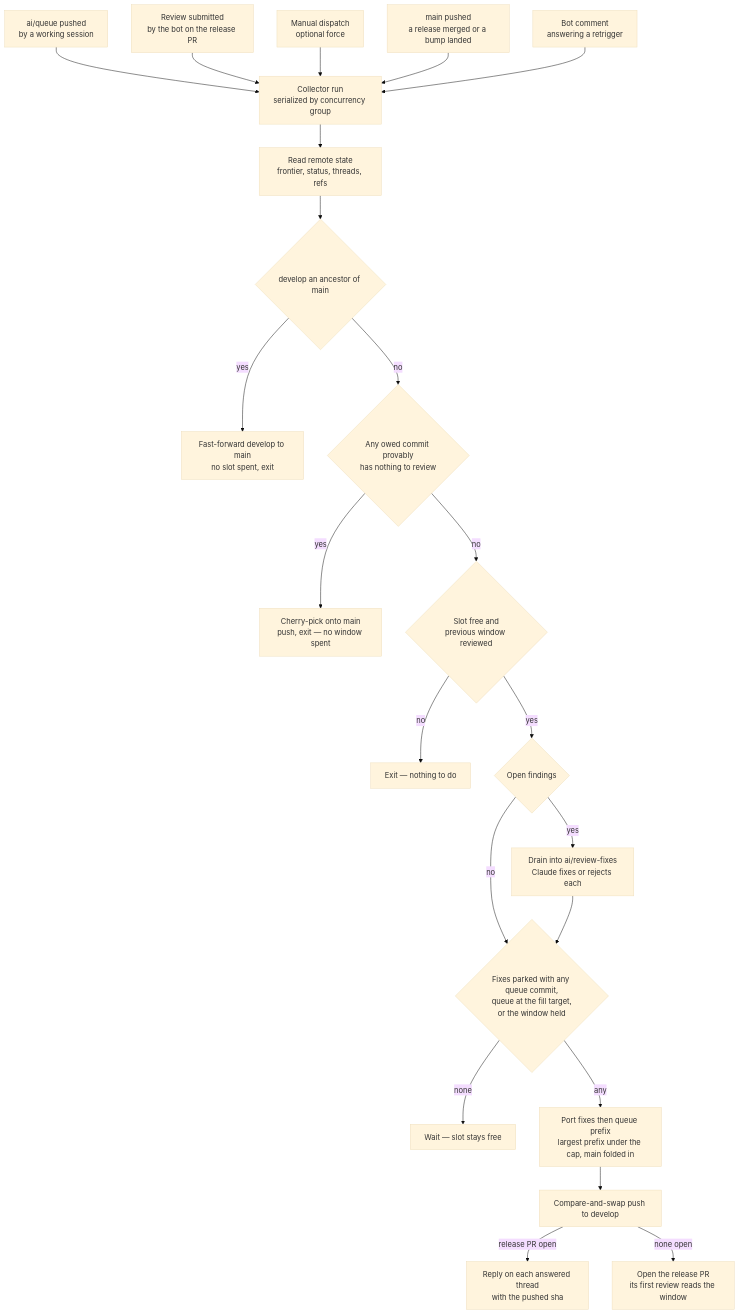
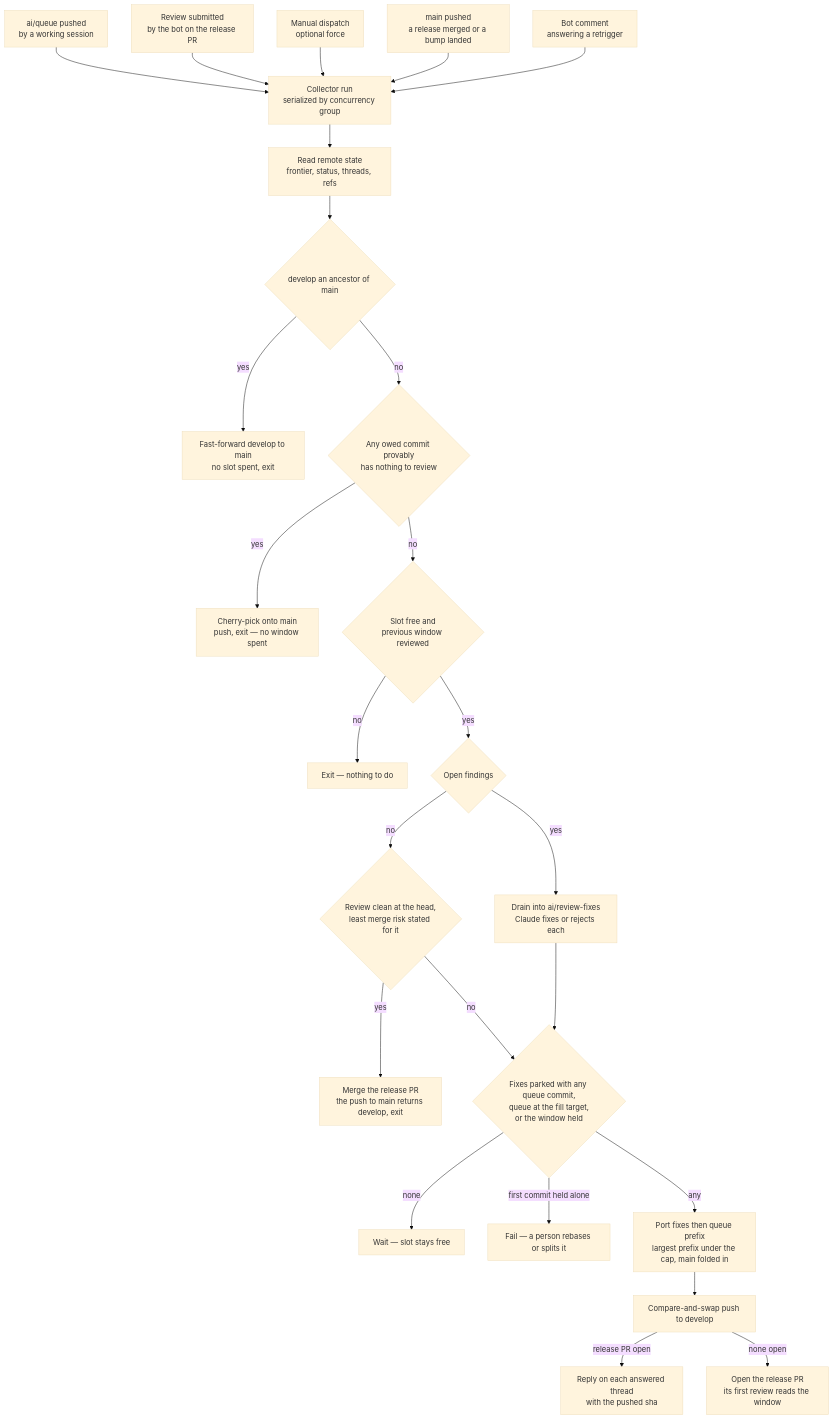
One commit to Esposter/Esposter changed the diagram in apps/web/content/docs/infra/review-collector/index.md. Above: the diagram before and after it, drawn with Mermaid (base theme). The commit also changed other lines of this file and 14 other files, not shown here.

````diff
--- a/apps/web/content/docs/infra/review-collector/index.md
+++ b/apps/web/content/docs/infra/review-collector/index.md
@@ -26,24 +26,27 @@
 ```mermaid
 flowchart TD
   A[ai/queue pushed<br/>by a working session] --> C
   F[Review submitted<br/>by the bot on the release PR] --> C
   D[Manual dispatch<br/>optional force] --> C
   MN[main pushed<br/>a release merged or a bump landed] --> C
   CM[Bot comment<br/>answering a retrigger] --> C
   C[Collector run<br/>serialized by concurrency group] --> R[Read remote state<br/>frontier, status, threads, refs]
   R --> RS{develop an ancestor of main}
   RS -->|yes| FF[Fast-forward develop to main<br/>no slot spent, exit]
   RS -->|no| E{Any owed commit provably<br/>has nothing to review}
   E -->|yes| EX[Cherry-pick onto main<br/>push, exit — no window spent]
   E -->|no| G{Slot free and<br/>previous window reviewed}
   G -->|no| X[Exit — nothing to do]
   G -->|yes| O{Open findings}
   O -->|yes| DR[Drain into ai/review-fixes<br/>Claude fixes or rejects each]
-  O -->|no| P
+  O -->|no| CL{Review clean at the head,<br/>least merge risk stated for it}
+  CL -->|yes| MG[Merge the release PR<br/>the push to main returns develop, exit]
+  CL -->|no| P
   DR --> P{Fixes parked with any queue commit,<br/>queue at the fill target,<br/>or the window held}
   P -->|none| PK[Wait — slot stays free]
+  P -->|first commit held alone| FL[Fail — a person rebases or splits it]
   P -->|any| W[Port fixes then queue prefix<br/>largest prefix under the cap, main folded in]
   W --> PU[Compare-and-swap push to develop]
   PU -->|release PR open| RP[Reply on each answered thread<br/>with the pushed sha]
   PU -->|none open| OP[Open the release PR<br/>its first review reads the window]
 ```
````
